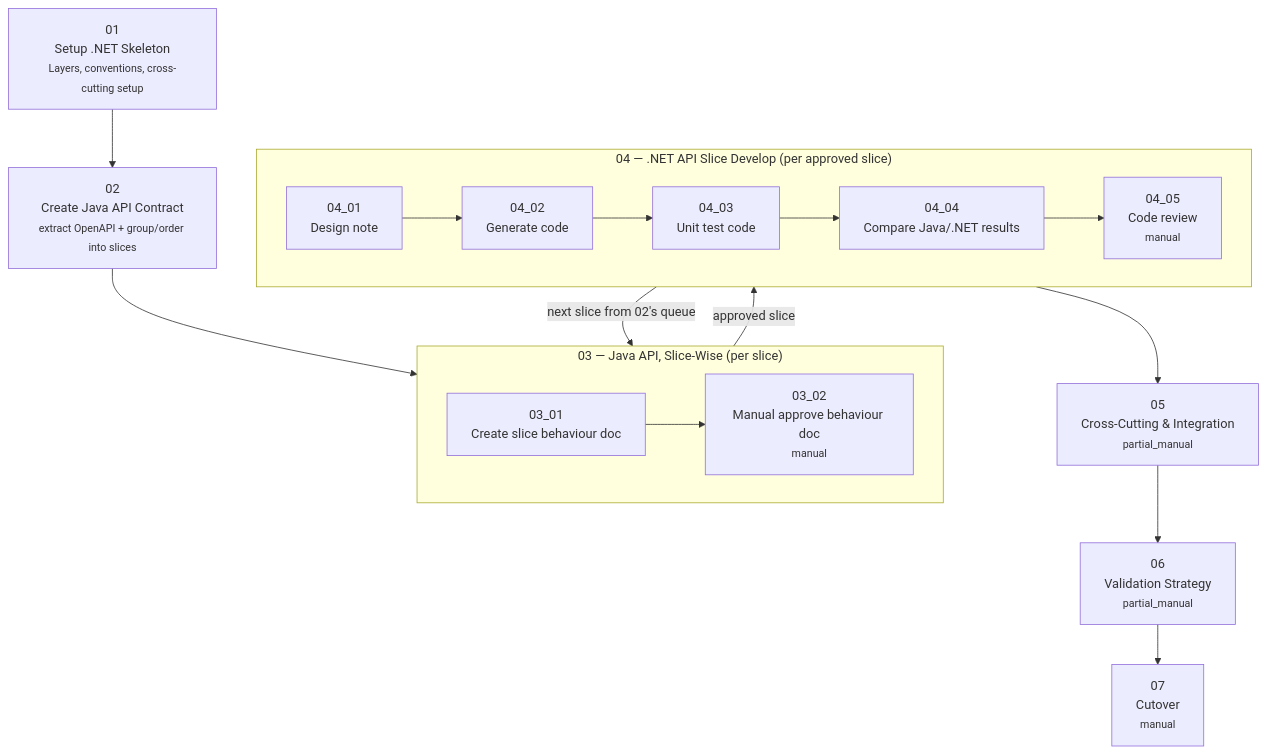
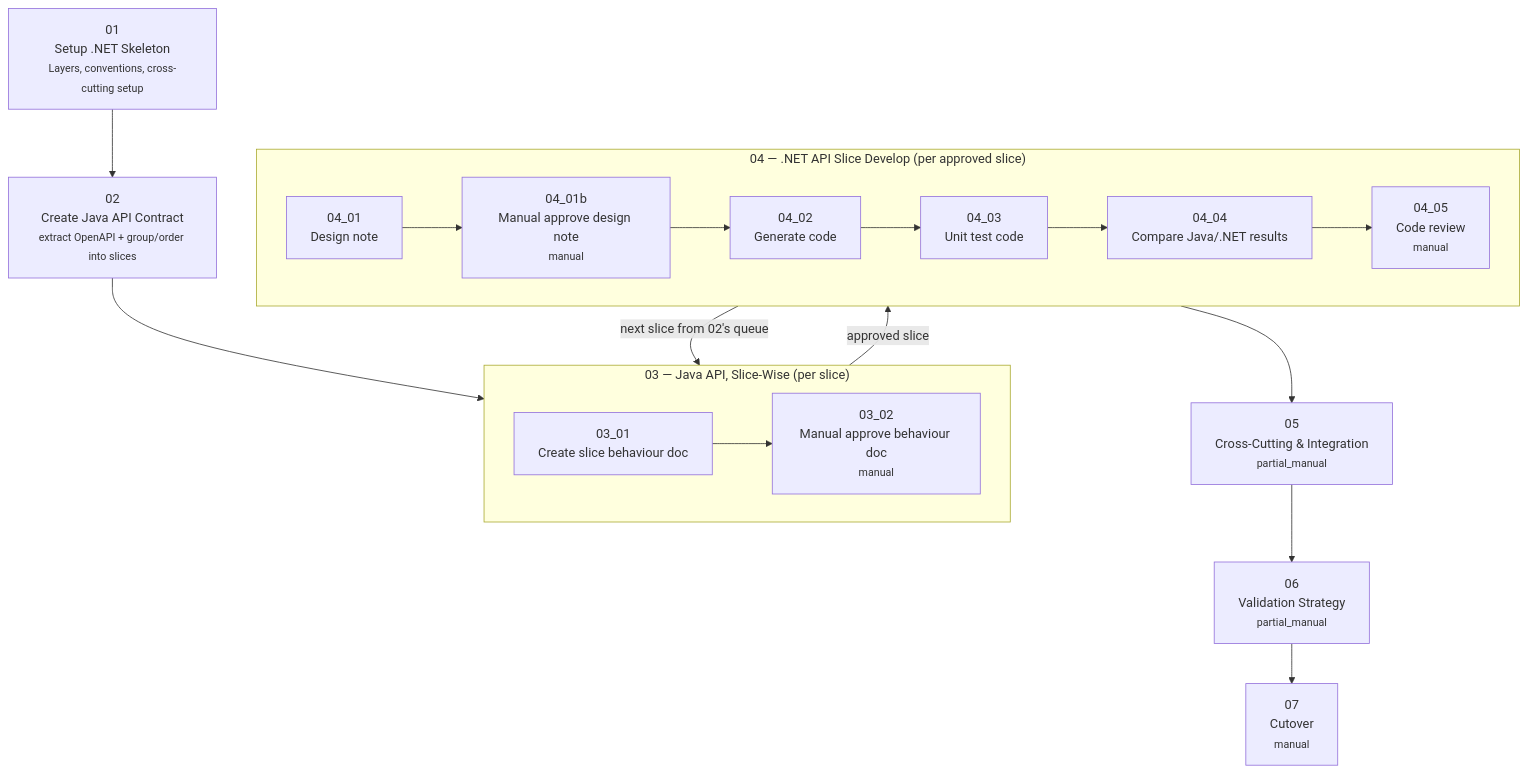
One commit to muthuramanmca/migration_poc changed the diagram in Java-to-DotNetCore-Migration-Plan.md. Above: the diagram before and after it, drawn with Mermaid. The commit also changed other lines of this file and 8 other files, not shown here.

First line of the commit message:
Validate Identity's spec/design note, add 04_01b as its own manual gate

````diff
--- a/Java-to-DotNetCore-Migration-Plan.md
+++ b/Java-to-DotNetCore-Migration-Plan.md
@@ -55,21 +55,21 @@
 ```mermaid
 flowchart TD
     P01["01<br/>Setup .NET Skeleton<br/><small>Layers, conventions, cross-cutting setup</small>"]
     P02["02<br/>Create Java API Contract<br/><small>extract OpenAPI + group/order into slices</small>"]
     subgraph P03["03 — Java API, Slice-Wise (per slice)"]
         direction LR
         S0301["03_01<br/>Create slice behaviour doc"] --> S0302["03_02<br/>Manual approve behaviour doc<br/><small>manual</small>"]
     end
     subgraph P04["04 — .NET API Slice Develop (per approved slice)"]
         direction LR
-        S0401["04_01<br/>Design note"] --> S0402["04_02<br/>Generate code"] --> S0403["04_03<br/>Unit test code"] --> S0404["04_04<br/>Compare Java/.NET results"] --> S0405["04_05<br/>Code review<br/><small>manual</small>"]
+        S0401["04_01<br/>Design note"] --> S0401b["04_01b<br/>Manual approve design note<br/><small>manual</small>"] --> S0402["04_02<br/>Generate code"] --> S0403["04_03<br/>Unit test code"] --> S0404["04_04<br/>Compare Java/.NET results"] --> S0405["04_05<br/>Code review<br/><small>manual</small>"]
     end
     P05["05<br/>Cross-Cutting & Integration<br/><small>partial_manual</small>"]
     P06["06<br/>Validation Strategy<br/><small>partial_manual</small>"]
     P07["07<br/>Cutover<br/><small>manual</small>"]
 
     P01 --> P02 --> P03
     P03 -- "approved slice" --> P04
     P04 -- "next slice from 02's queue" --> P03
     P04 --> P05 --> P06 --> P07
 ```
````
